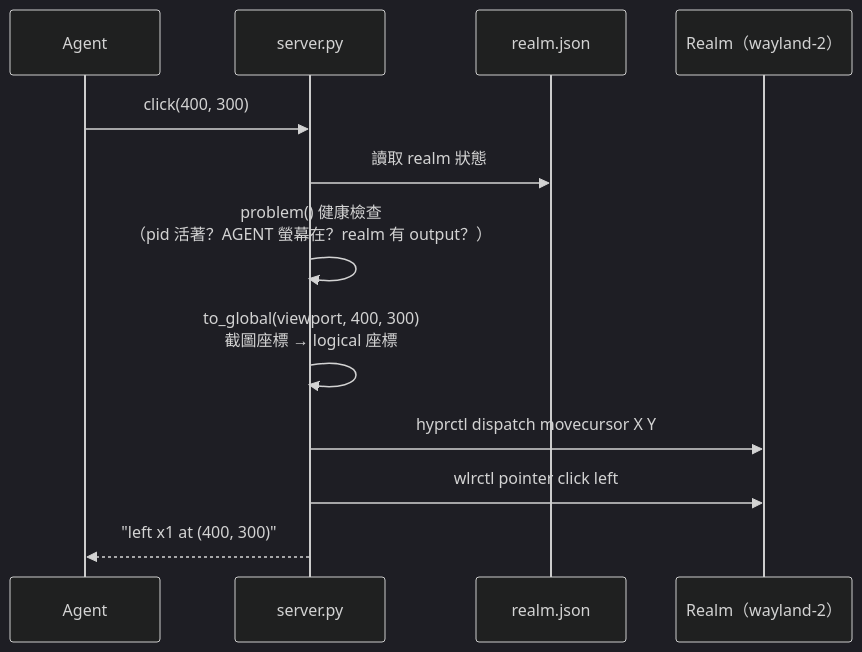
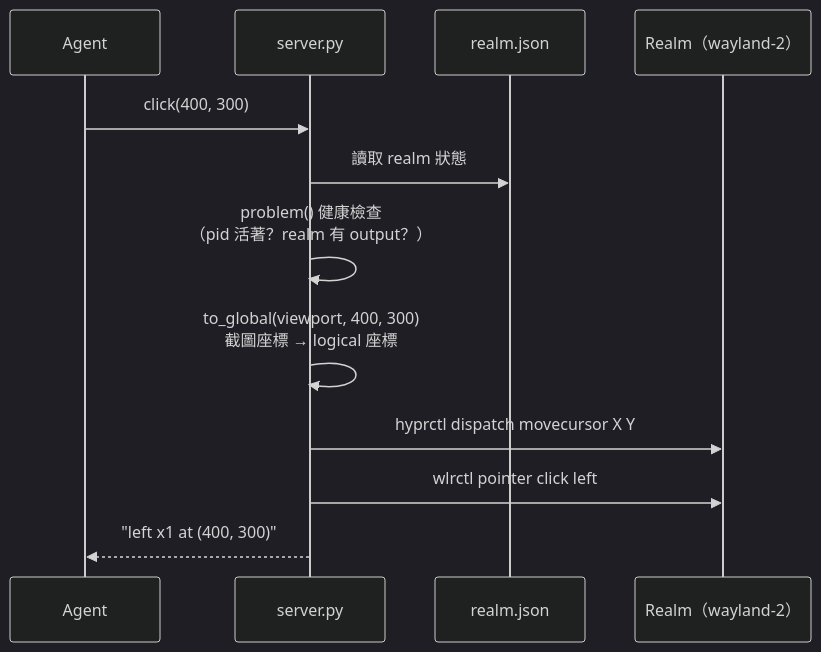
The second of 2 diagrams in docs/architecture.md (jason9075/hypr-computer-use-mcp), drawn with Mermaid (dark theme) before and after one commit. The commit also changed other lines of this file and 10 other files, not shown here.

````diff
--- a/docs/architecture.md
+++ b/docs/architecture.md
@@ -79,15 +79,15 @@
 ```mermaid
 sequenceDiagram
   participant A as Agent
   participant S as server.py
   participant R as realm.json
   participant N as Realm（wayland-2）
 
   A->>S: click(400, 300)
   S->>R: 讀取 realm 狀態
-  S->>S: problem() 健康檢查<br/>（pid 活著？AGENT 螢幕在？realm 有 output？）
+  S->>S: problem() 健康檢查<br/>（pid 活著？realm 有 output？）
   S->>S: to_global(viewport, 400, 300)<br/>截圖座標 → logical 座標
   S->>N: hyprctl dispatch movecursor X Y
   S->>N: wlrctl pointer click left
   S-->>A: "left x1 at (400, 300)"
 ```
````
